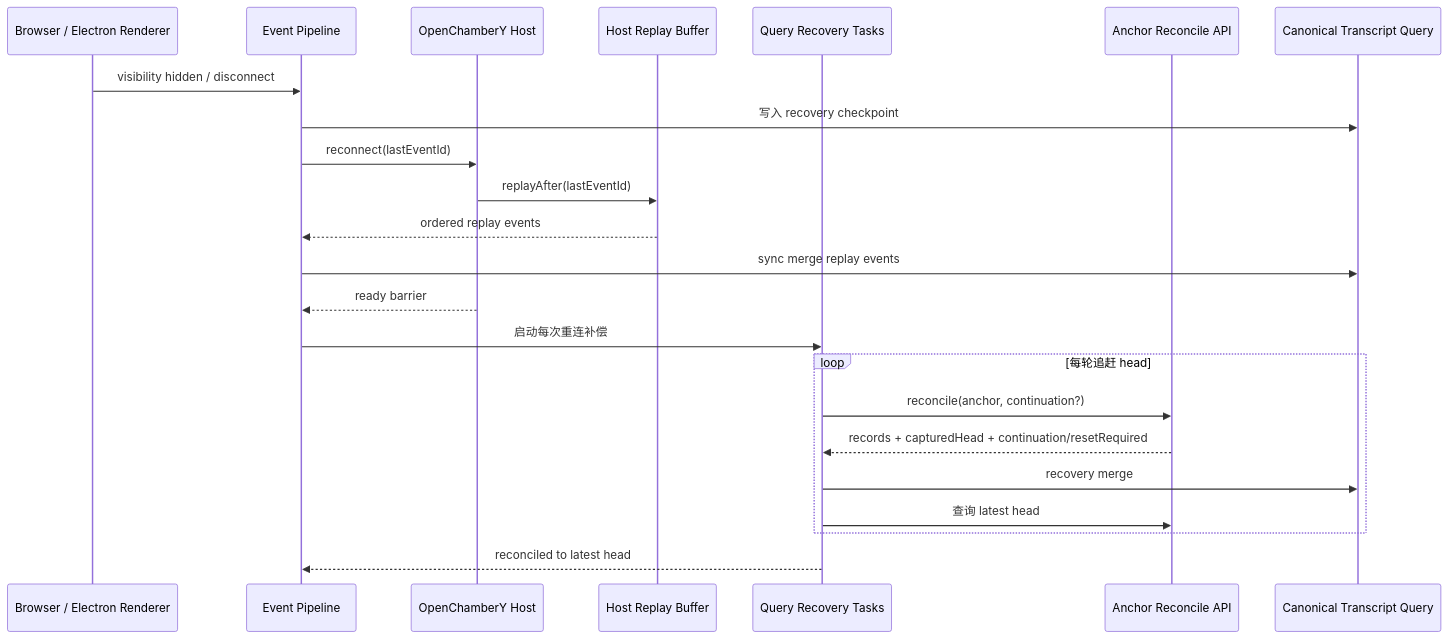
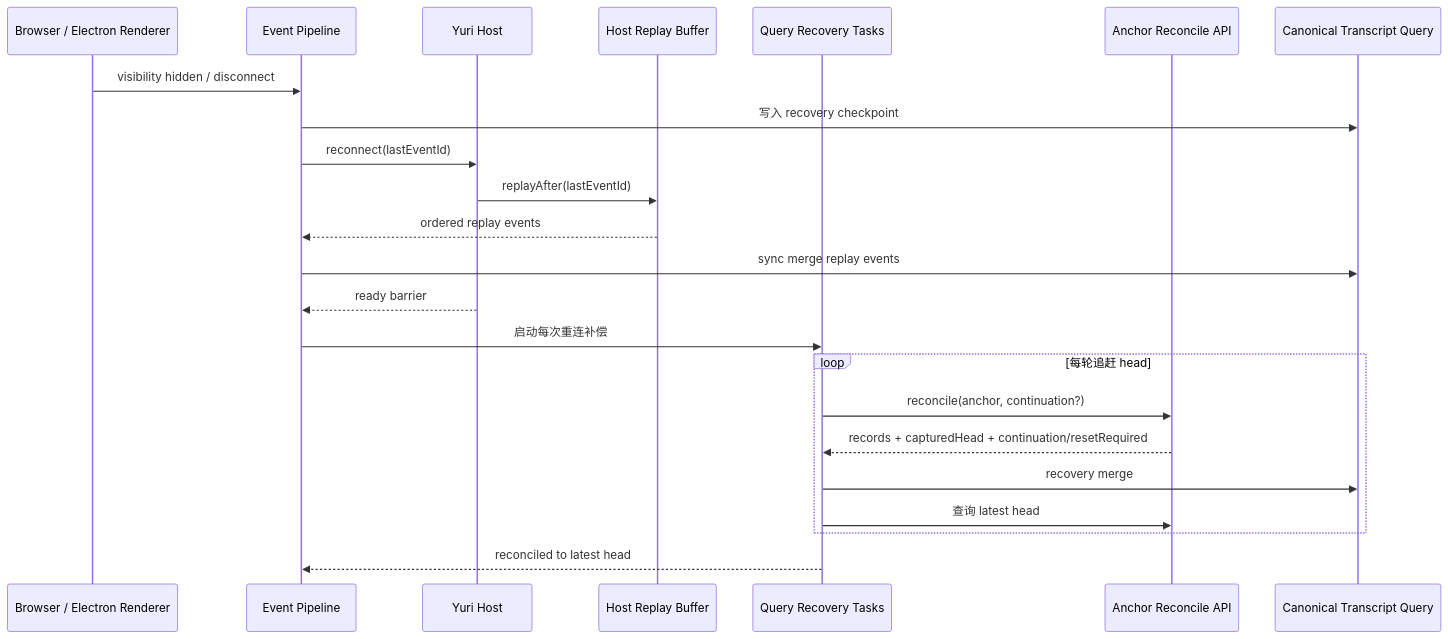
The third of 3 diagrams in docs/session-transcript-query-rearchitecture-plan.md (yee94/openchambery), drawn with Mermaid before and after one commit. The commit also changed other lines of this file and 2097 other files, not shown here.

````diff
--- a/docs/session-transcript-query-rearchitecture-plan.md
+++ b/docs/session-transcript-query-rearchitecture-plan.md
@@ -349,28 +349,28 @@
 ```mermaid
 sequenceDiagram
     participant Browser as Browser / Electron Renderer
     participant Pipeline as Event Pipeline
-    participant Host as OpenChamberY Host
+    participant Host as Yuri Host
     participant Replay as Host Replay Buffer
     participant Tasks as Query Recovery Tasks
     participant API as Anchor Reconcile API
     participant Cache as Canonical Transcript Query
 
     Browser->>Pipeline: visibility hidden / disconnect
     Pipeline->>Cache: 写入 recovery checkpoint
     Pipeline->>Host: reconnect(lastEventId)
     Host->>Replay: replayAfter(lastEventId)
     Replay-->>Pipeline: ordered replay events
     Pipeline->>Cache: sync merge replay events
     Host-->>Pipeline: ready barrier
     Pipeline->>Tasks: 启动每次重连补偿
 
     loop 每轮追赶 head
         Tasks->>API: reconcile(anchor, continuation?)
         API-->>Tasks: records + capturedHead + continuation/resetRequired
         Tasks->>Cache: recovery merge
         Tasks->>API: 查询 latest head
     end
 
     Tasks-->>Pipeline: reconciled to latest head
 ```
````
